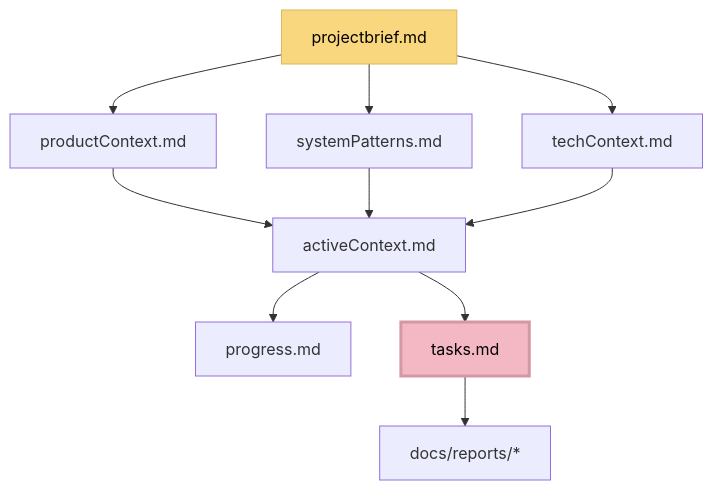
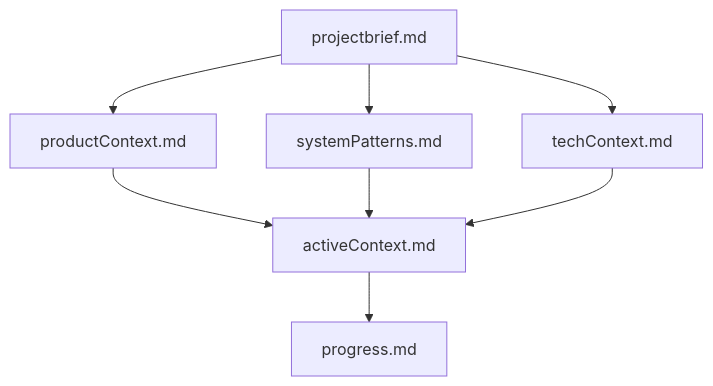
The first of 3 diagrams in memory-bank/README.md (scoutrul/jspulse), drawn with Mermaid before and after one commit. The commit also changed other lines of this file and 20 other files, not shown here.

````diff
--- a/memory-bank/README.md
+++ b/memory-bank/README.md
@@ -47,16 +17,12 @@
 ```mermaid
 flowchart TD
     PB[projectbrief.md] --> PC[productContext.md]
     PB --> SP[systemPatterns.md]
     PB --> TC[techContext.md]
     
-    PC & SP & TC --> AC[activeContext.md]
+    PC --> AC[activeContext.md]
+    SP --> AC
+    TC --> AC
     
     AC --> P[progress.md]
-    AC --> T[tasks.md]
-    
-    T --> Reports[docs/reports/*]
-    
-    style PB fill:#f9d77e,stroke:#d9b95c,color:black
-    style T fill:#f4b8c4,stroke:#d498a4,stroke-width:3px,color:black
 ```
````
